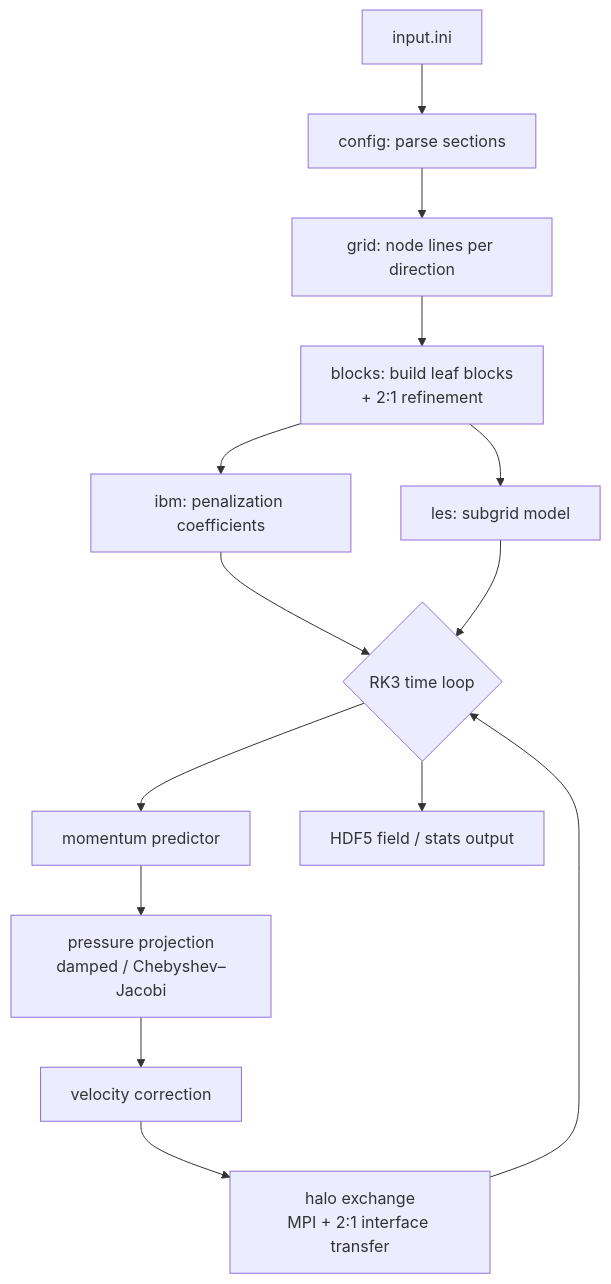
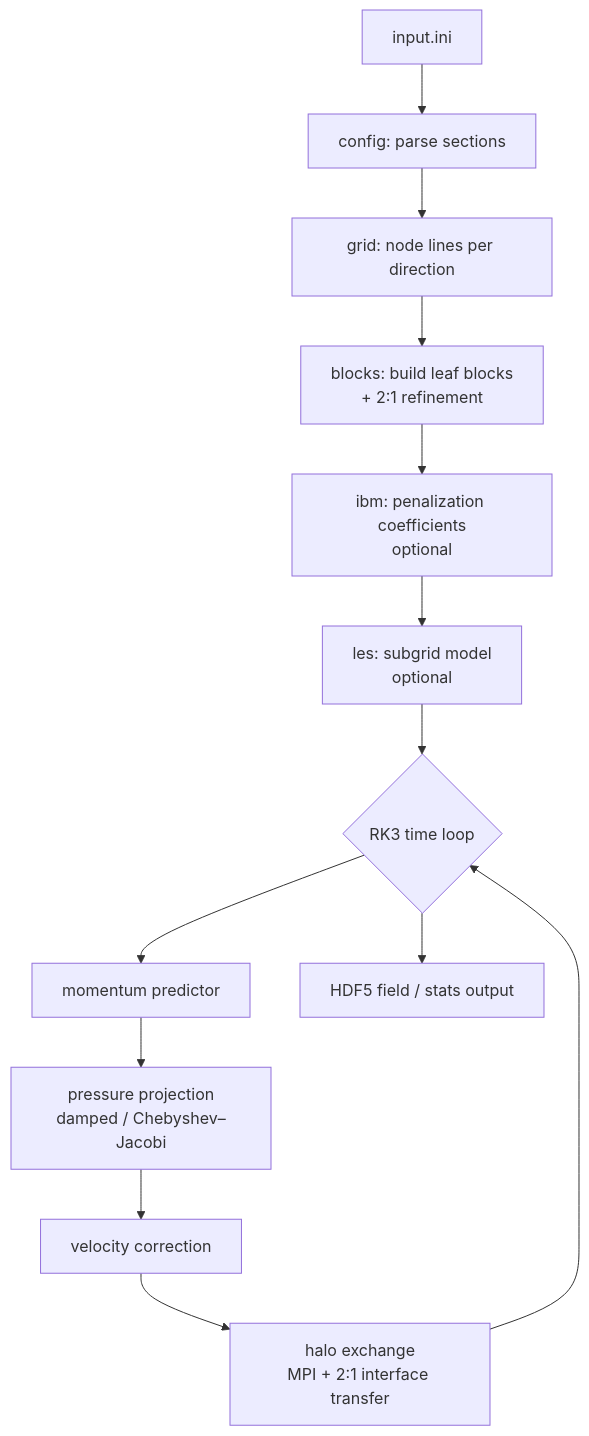
One commit to davecats/mobydiff changed the diagram in README.md. Above: the diagram before and after it, drawn with Mermaid. The commit also changed other lines of this file and 1 other file, not shown here.

````diff
--- a/README.md
+++ b/README.md
@@ -152,16 +152,15 @@
 ```mermaid
 flowchart TD
     A[input.ini] --> B[config: parse sections]
     B --> C[grid: node lines per direction]
     C --> D[blocks: build leaf blocks<br/>+ 2:1 refinement]
-    D --> E[ibm: penalization coefficients]
-    D --> F[les: subgrid model]
-    E --> G{RK3 time loop}
-    F --> G
+    D --> E[ibm: penalization coefficients<br/>optional]
+    E --> F[les: subgrid model<br/>optional]
+    F --> G{RK3 time loop}
     G --> H[momentum predictor]
     H --> I[pressure projection<br/>damped / Chebyshev–Jacobi]
     I --> J[velocity correction]
     J --> K[halo exchange<br/>MPI + 2:1 interface transfer]
     K --> G
     G --> L[HDF5 field / stats output]
 ```
````
